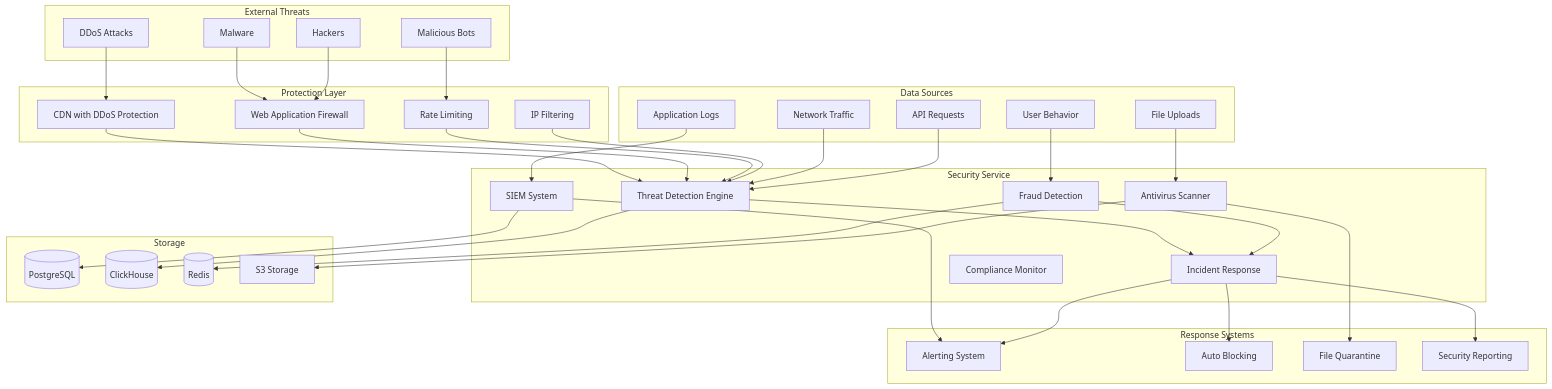
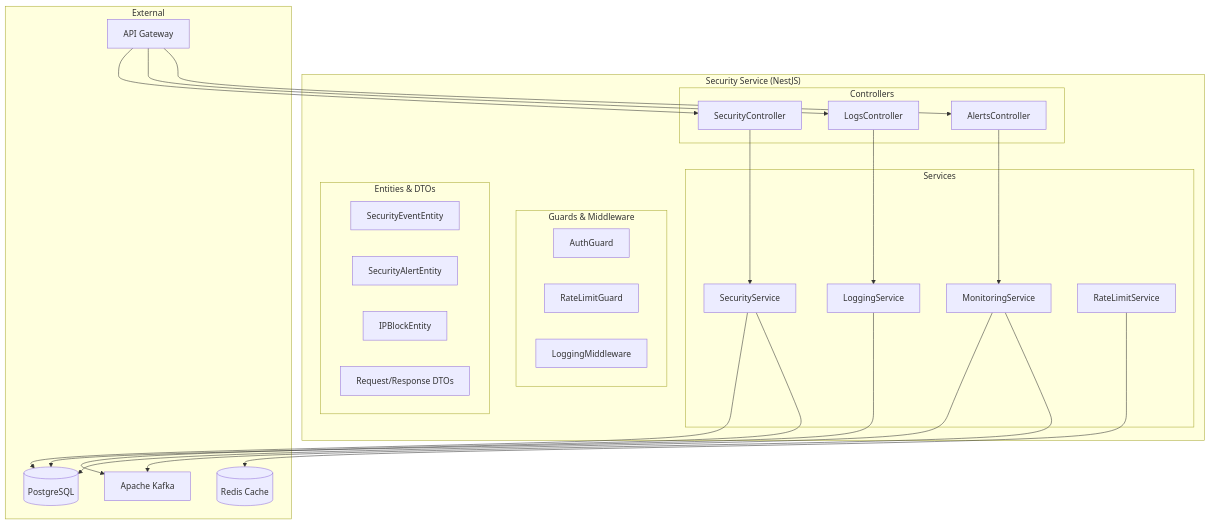
The diagram in .kiro/specs/security-service/design.md (wizarding-anonymous/cryo), drawn with Mermaid before and after one commit. The commit also changed other lines of this file and 801 other files, not shown here.

````diff
--- a/.kiro/specs/security-service/design.md
+++ b/.kiro/specs/security-service/design.md
@@ -19,77 +20,53 @@
 ```mermaid
 graph TB
-    subgraph "External Threats"
-        DDoS[DDoS Attacks]
-        Malware[Malware]
-        Hackers[Hackers]
-        Bots[Malicious Bots]
+    subgraph "Security Service (NestJS)"
+        subgraph "Controllers"
+            SecurityController[SecurityController]
+            LogsController[LogsController]
+            AlertsController[AlertsController]
+        end
+        
+        subgraph "Services"
+            SecurityService[SecurityService]
+            LoggingService[LoggingService]
+            MonitoringService[MonitoringService]
+            RateLimitService[RateLimitService]
+        end
+        
+        subgraph "Guards & Middleware"
+            AuthGuard[AuthGuard]
+            RateLimitGuard[RateLimitGuard]
+            LoggingMiddleware[LoggingMiddleware]
+        end
+        
+        subgraph "Entities & DTOs"
+            SecurityEventEntity[SecurityEventEntity]
+            SecurityAlertEntity[SecurityAlertEntity]
+            IPBlockEntity[IPBlockEntity]
+            DTOs[Request/Response DTOs]
+        end
     end
     
-    subgraph "Protection Layer"
-        WAF[Web Application Firewall]
-        CDN[CDN with DDoS Protection]
-        RateLimit[Rate Limiting]
-        IPFilter[IP Filtering]
+    subgraph "External"
+        PostgreSQL[(PostgreSQL)]
+        Redis[(Redis Cache)]
+        Kafka[Apache Kafka]
+        APIGateway[API Gateway]
     end
     
-    subgraph "Security Service"
-        ThreatDetection[Threat Detection Engine]
-        FraudDetection[Fraud Detection]
-        AntiVirus[Antivirus Scanner]
-        SIEM[SIEM System]
-        IncidentResponse[Incident Response]
-        Compliance[Compliance Monitor]
-    end
+    APIGateway --> SecurityController
+    APIGateway --> LogsController
+    APIGateway --> AlertsController
     
-    subgraph "Data Sources"
-        Logs[Application Logs]
-        NetworkTraffic[Network Traffic]
-        UserBehavior[User Behavior]
-        FileUploads[File Uploads]
-        APIRequests[API Requests]
-    end
+    SecurityController --> SecurityService
+    LogsController --> LoggingService
+    AlertsController --> MonitoringService
     
-    subgraph "Response Systems"
-        Alerting[Alerting System]
-        Blocking[Auto Blocking]
-        Quarantine[File Quarantine]
-        Reporting[Security Reporting]
-    end
+    SecurityService --> PostgreSQL
+    LoggingService --> PostgreSQL
+    MonitoringService --> PostgreSQL
+    RateLimitService --> Redis
     
-    subgraph "Storage"
-        PostgreSQL[(PostgreSQL)]
-        ClickHouse[(ClickHouse)]
-        Redis[(Redis)]
-        S3[S3 Storage]
-    end
-    
-    DDoS --> CDN
-    Malware --> WAF
-    Hackers --> WAF
-    Bots --> RateLimit
-    
-    CDN --> ThreatDetection
-    WAF --> ThreatDetection
-    RateLimit --> ThreatDetection
-    IPFilter --> ThreatDetection
-    
-    Logs --> SIEM
-    NetworkTraffic --> ThreatDetection
-    UserBehavior --> FraudDetection
-    FileUploads --> AntiVirus
-    APIRequests --> ThreatDetection
-    
-    ThreatDetection --> IncidentResponse
-    FraudDetection --> IncidentResponse
-    AntiVirus --> Quarantine
-    SIEM --> Alerting
-    
-    IncidentResponse --> Blocking
-    IncidentResponse --> Alerting
-    IncidentResponse --> Reporting
-    
-    SIEM --> PostgreSQL
-    ThreatDetection --> ClickHouse
-    FraudDetection --> Redis
-    AntiVirus --> S3
+    SecurityService --> Kafka
+    MonitoringService --> Kafka
 ```
````
